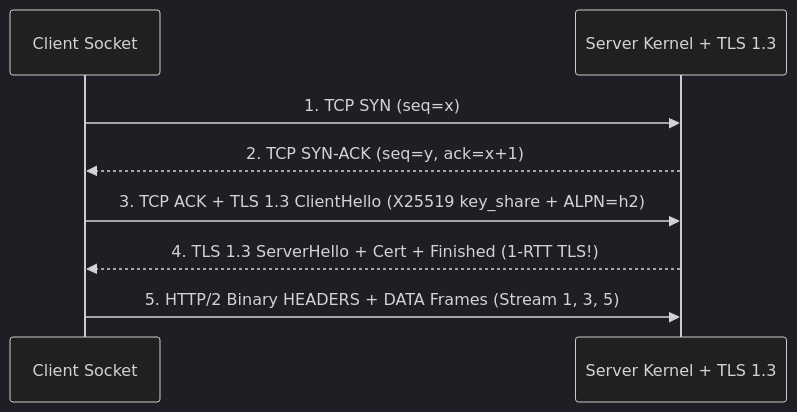
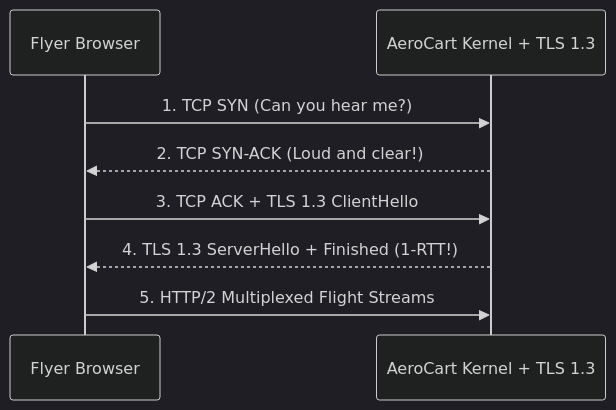
One commit to manjunathk833/codingforinterviews changed the diagram in knowledgebase/core-cs/02-tcp-tls-http2-and-websocket-framing.md. Above: the diagram before and after it, drawn with Mermaid (dark theme). The commit also changed other lines of this file and 55 other files, not shown here.

````diff
--- a/knowledgebase/core-cs/02-tcp-tls-http2-and-websocket-framing.md
+++ b/knowledgebase/core-cs/02-tcp-tls-http2-and-websocket-framing.md
@@ -66,11 +91,10 @@
 ```mermaid
 sequenceDiagram
-  participant C as Client Socket
-  participant S as Server Kernel + TLS 1.3
-
-  C->>S: 1. TCP SYN (seq=x)
-  S-->>C: 2. TCP SYN-ACK (seq=y, ack=x+1)
-  C->>S: 3. TCP ACK + TLS 1.3 ClientHello (X25519 key_share + ALPN=h2)
-  S-->>C: 4. TLS 1.3 ServerHello + Cert + Finished (1-RTT TLS!)
-  C->>S: 5. HTTP/2 Binary HEADERS + DATA Frames (Stream 1, 3, 5)
+  participant C as Flyer Browser
+  participant S as AeroCart Kernel + TLS 1.3
+  C->>S: 1. TCP SYN (Can you hear me?)
+  S-->>C: 2. TCP SYN-ACK (Loud and clear!)
+  C->>S: 3. TCP ACK + TLS 1.3 ClientHello
+  S-->>C: 4. TLS 1.3 ServerHello + Finished (1-RTT!)
+  C->>S: 5. HTTP/2 Multiplexed Flight Streams
 ```
````
